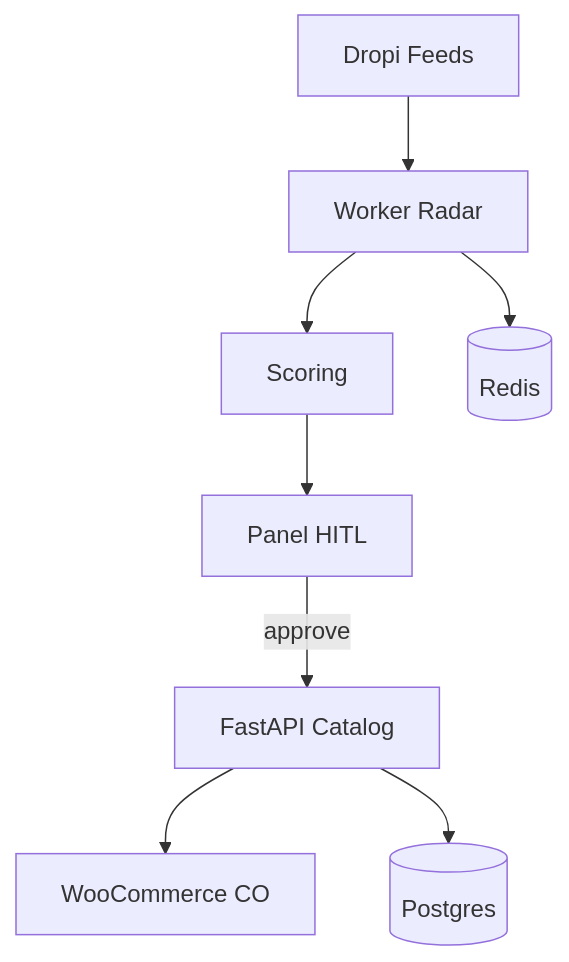
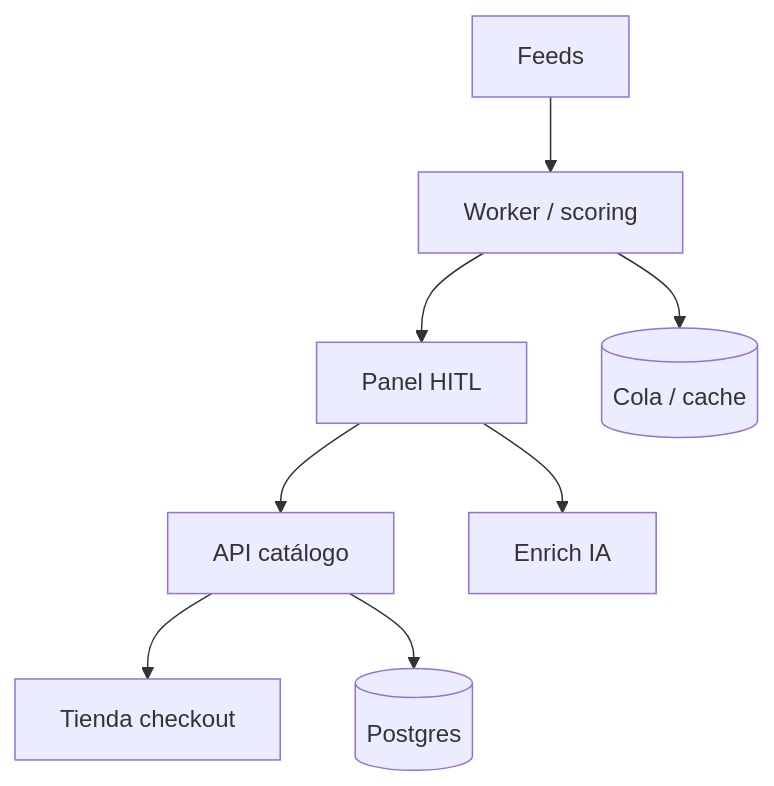
Before and after one commit to medellinwebsoluciones/web-ricardo: the diagram in docs/portfolio-briefs/arch/omnicanal-comercio.mmd, drawn with Mermaid. The commit also changed 45 other files, not shown here.

```diff
--- a/docs/portfolio-briefs/arch/omnicanal-comercio.mmd
+++ b/docs/portfolio-briefs/arch/omnicanal-comercio.mmd
@@ -1,8 +1,8 @@
 flowchart TB
-  Dropi[Dropi Feeds] --> Worker[Worker Radar]
-  Worker --> Score[Scoring]
-  Score --> Panel[Panel HITL]
-  Panel -->|approve| API[FastAPI Catalog]
-  API --> Woo[WooCommerce CO]
-  API --> DB[(Postgres)]
-  Worker --> Redis[(Redis)]
+  F[Feeds] --> W[Worker / scoring]
+  W --> H[Panel HITL]
+  H --> API[API catálogo]
+  H --> AI[Enrich IA]
+  API --> Shop[Tienda checkout]
+  API --> PG[(Postgres)]
+  W --> Q[(Cola / cache)]
```
